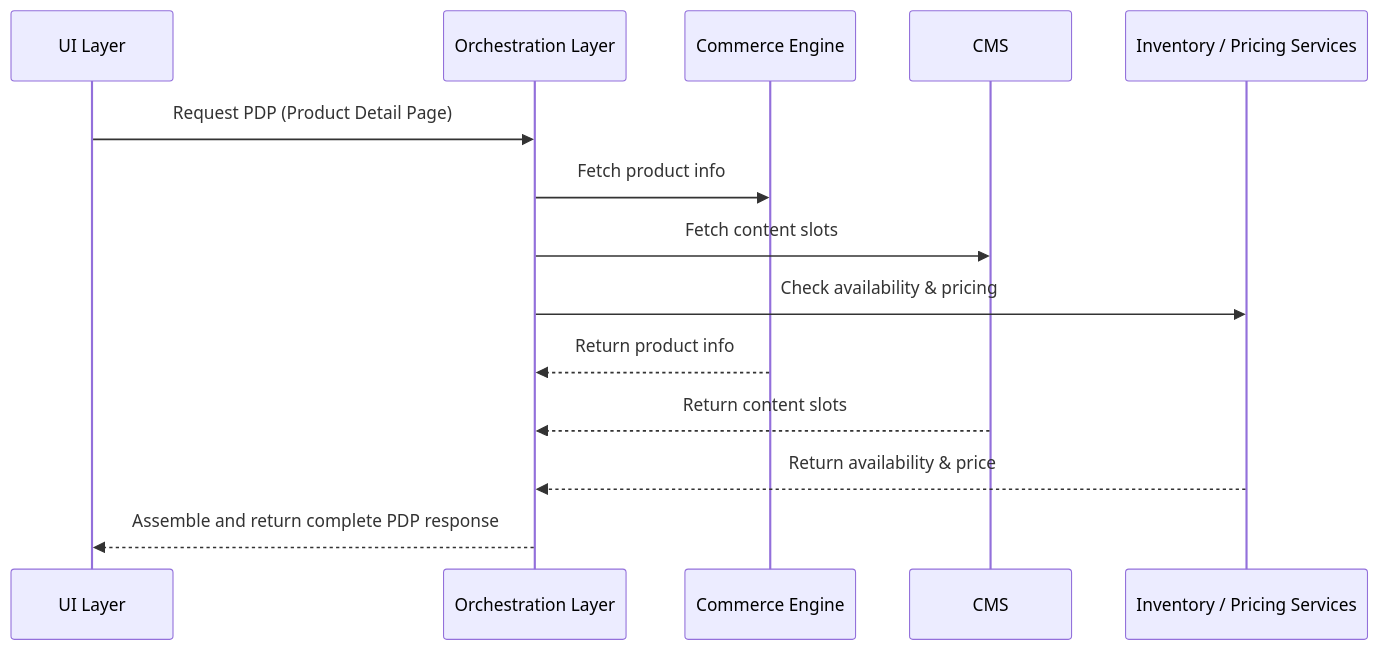
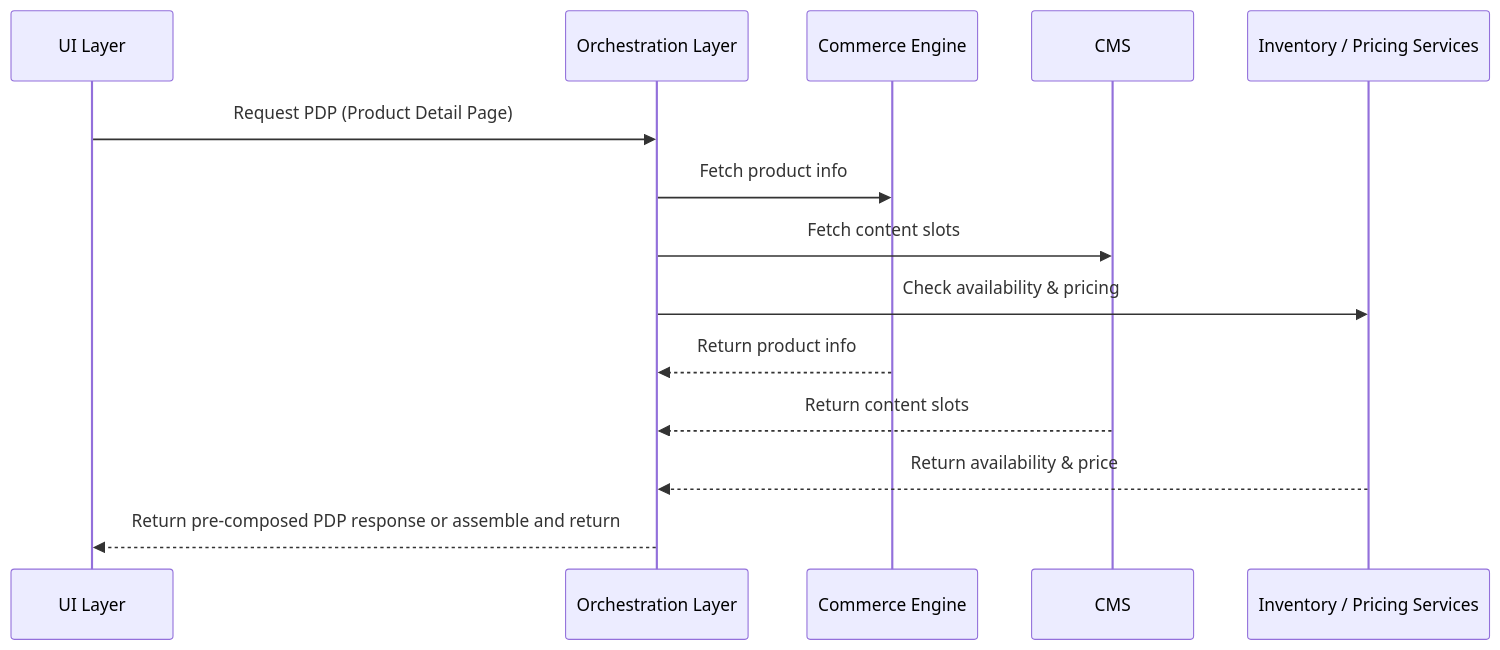
Before and after one commit to machalliance/standards: the diagram in models/templates/master-recipe-template.md, drawn with Mermaid. The commit also changed other lines of this file, not shown here.

````diff
--- a/models/templates/master-recipe-template.md
+++ b/models/templates/master-recipe-template.md
@@ -71,19 +159,19 @@
 ```mermaid
 sequenceDiagram
     participant UI as UI Layer
     participant OR as Orchestration Layer
     participant CE as Commerce Engine
     participant CMS as CMS
     participant INV as Inventory / Pricing Services
 
     UI->>OR: Request PDP (Product Detail Page)
     OR->>CE: Fetch product info
     OR->>CMS: Fetch content slots
     OR->>INV: Check availability & pricing
 
     CE-->>OR: Return product info
     CMS-->>OR: Return content slots
     INV-->>OR: Return availability & price
 
-    OR-->>UI: Assemble and return complete PDP response
+    OR-->>UI: Return pre-composed PDP response or assemble and return
 ```
````
